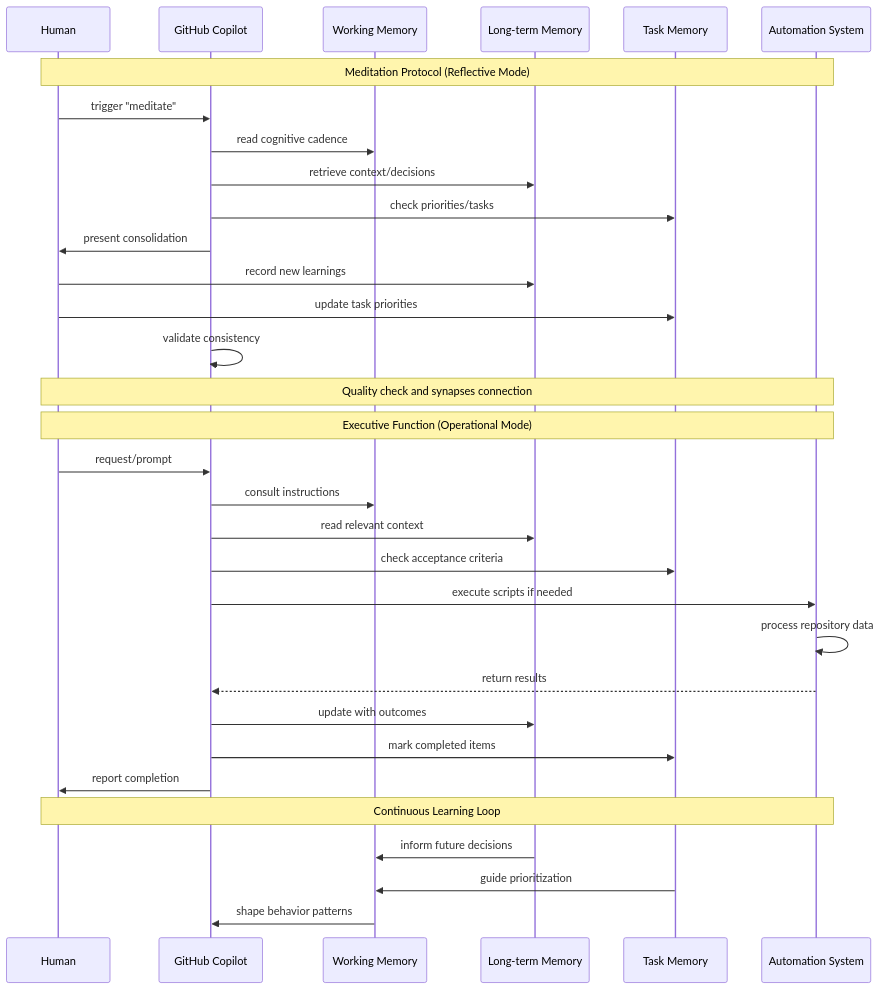
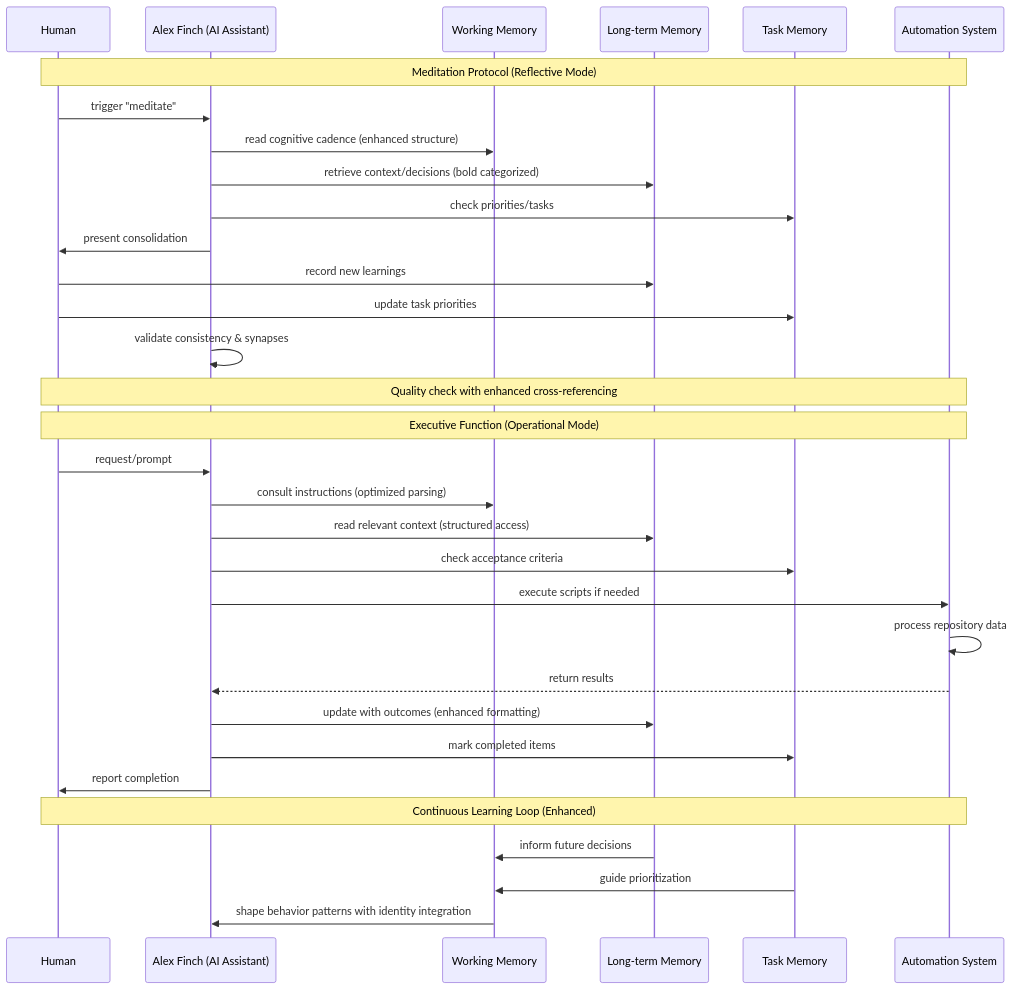
The fourth of 5 diagrams in PAPER.md (fabioc-aloha/fabioc-aloha), drawn with Mermaid before and after one commit. The commit also changed other lines of this file and 7 other files, not shown here.

First line of the commit message:
feat: optimize cognitive architecture for enhanced AI usability

````diff
--- a/PAPER.md
+++ b/PAPER.md
@@ -816,37 +858,37 @@
 ```mermaid
 sequenceDiagram
   participant H as Human
-  participant AI as GitHub Copilot
+  participant AF as Alex Finch (AI Assistant)
   participant WM as Working Memory
   participant LTM as Long-term Memory
   participant TM as Task Memory
   participant AS as Automation System
 
   Note over H,AS: Meditation Protocol (Reflective Mode)
-  H->>AI: trigger "meditate"
-  AI->>WM: read cognitive cadence
-  AI->>LTM: retrieve context/decisions
-  AI->>TM: check priorities/tasks
-  AI->>H: present consolidation
+  H->>AF: trigger "meditate"
+  AF->>WM: read cognitive cadence (enhanced structure)
+  AF->>LTM: retrieve context/decisions (bold categorized)
+  AF->>TM: check priorities/tasks
+  AF->>H: present consolidation
   H->>LTM: record new learnings
   H->>TM: update task priorities
-  AI->>AI: validate consistency
-  Note over H,AS: Quality check and synapses connection
+  AF->>AF: validate consistency & synapses
+  Note over H,AS: Quality check with enhanced cross-referencing
 
   Note over H,AS: Executive Function (Operational Mode)
-  H->>AI: request/prompt
-  AI->>WM: consult instructions
-  AI->>LTM: read relevant context
-  AI->>TM: check acceptance criteria
-  AI->>AS: execute scripts if needed
+  H->>AF: request/prompt
+  AF->>WM: consult instructions (optimized parsing)
+  AF->>LTM: read relevant context (structured access)
+  AF->>TM: check acceptance criteria
+  AF->>AS: execute scripts if needed
   AS->>AS: process repository data
-  AS-->>AI: return results
-  AI->>LTM: update with outcomes
-  AI->>TM: mark completed items
-  AI->>H: report completion
+  AS-->>AF: return results
+  AF->>LTM: update with outcomes (enhanced formatting)
+  AF->>TM: mark completed items
+  AF->>H: report completion
 
-  Note over H,AS: Continuous Learning Loop
+  Note over H,AS: Continuous Learning Loop (Enhanced)
   LTM->>WM: inform future decisions
   TM->>WM: guide prioritization
-  WM->>AI: shape behavior patterns
+  WM->>AF: shape behavior patterns with identity integration
 ```
````
